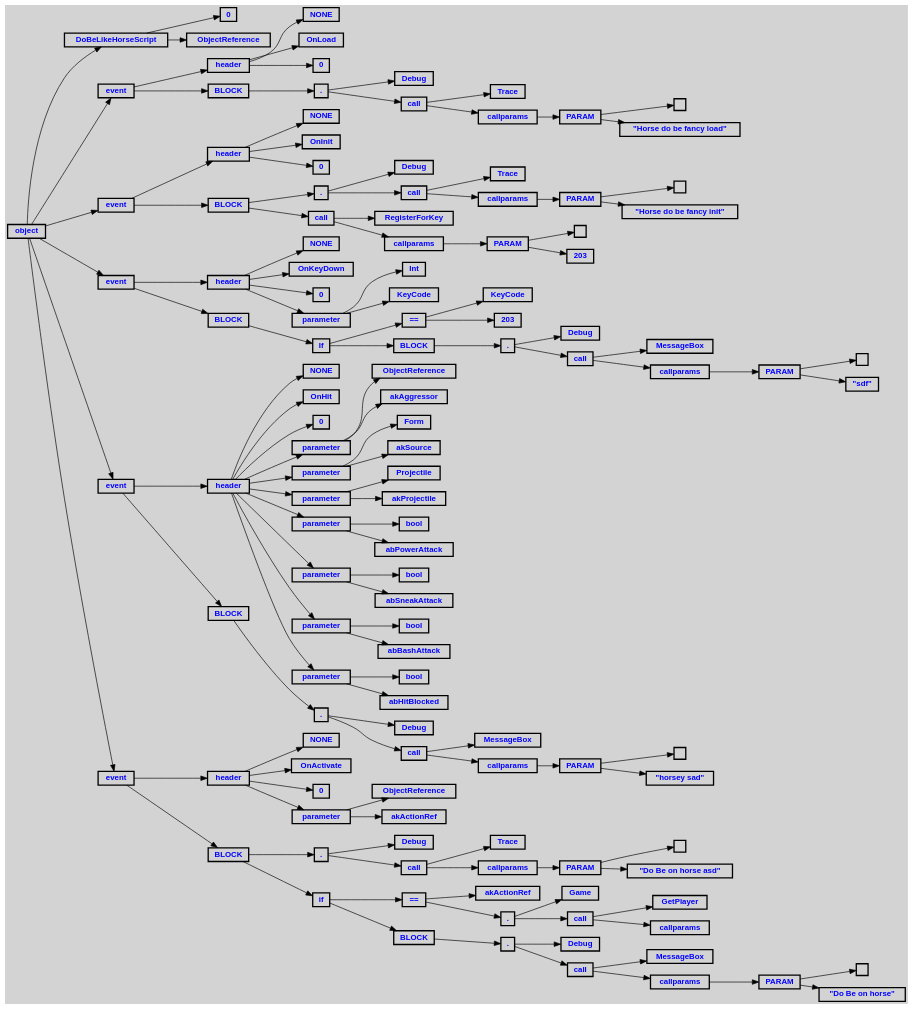
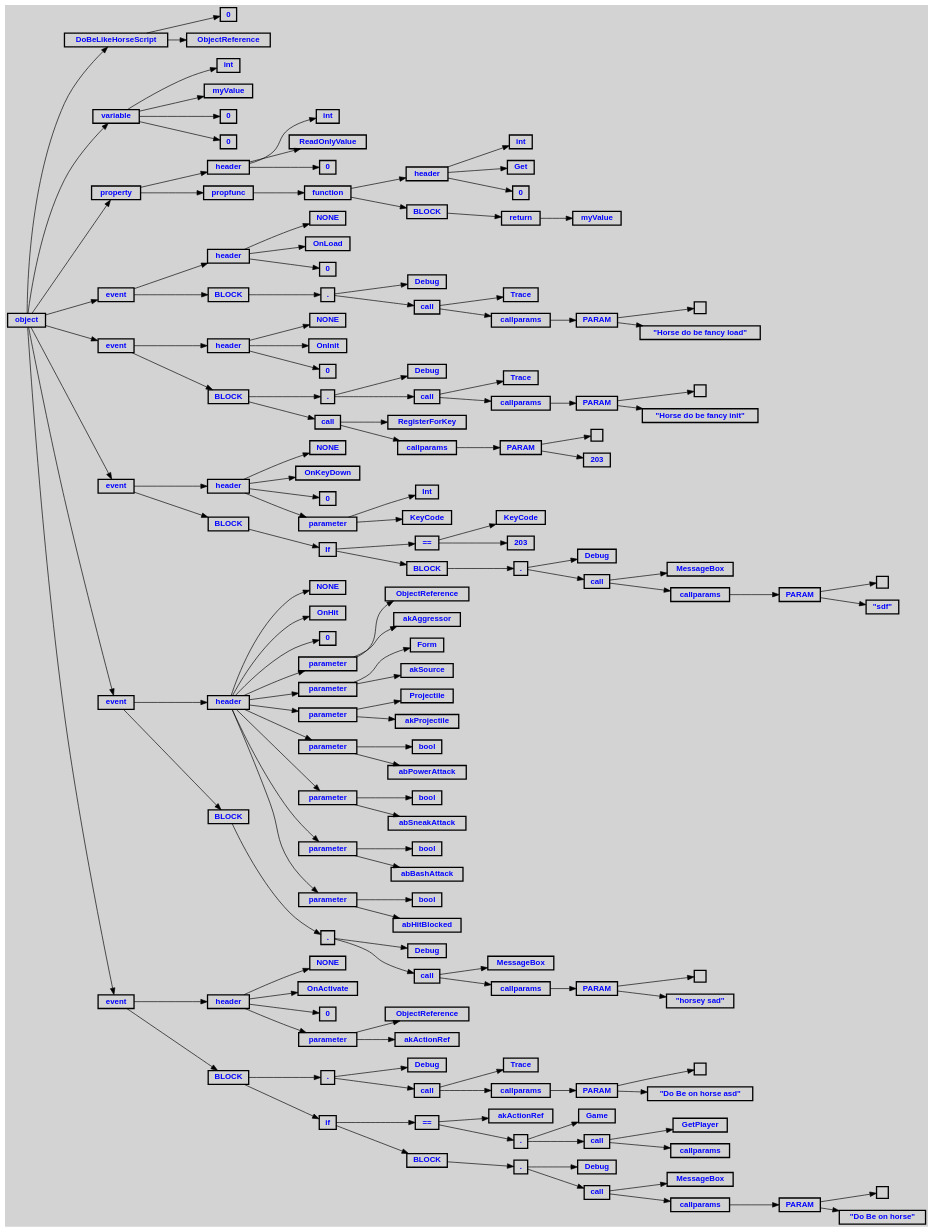
Before and after one commit to WladHD/CommonLibSSE-Sandbox: the diagram in DoBeLikeHorseScript.preTypeCheck.dot, drawn with Graphviz. The commit also changed 8 other files, not shown here.

First line of the commit message:
new repos found... but ObjectRef binding still not working properly

```diff
--- a/DoBeLikeHorseScript.preTypeCheck.dot
+++ b/DoBeLikeHorseScript.preTypeCheck.dot
@@ -10,318 +10,364 @@
  n1 [label="DoBeLikeHorseScript"];
  n2 [label="0"];
  n3 [label="ObjectReference"];
- n4 [label="event"];
- n4 [label="event"];
- n5 [label="header"];
- n5 [label="header"];
- n6 [label="NONE"];
- n7 [label="OnLoad"];
+ n4 [label="variable"];
+ n4 [label="variable"];
+ n5 [label="int"];
+ n6 [label="myValue"];
+ n7 [label="0"];
  n8 [label="0"];
- n9 [label="BLOCK"];
- n9 [label="BLOCK"];
- n10 [label="."];
- n10 [label="."];
- n11 [label="Debug"];
- n12 [label="call"];
- n12 [label="call"];
- n13 [label="Trace"];
- n14 [label="callparams"];
- n14 [label="callparams"];
- n15 [label="PARAM"];
- n15 [label="PARAM"];
- n16 [label=""];
- n17 [label="\"Horse do be fancy load\""];
- n18 [label="event"];
- n18 [label="event"];
- n19 [label="header"];
- n19 [label="header"];
- n20 [label="NONE"];
- n21 [label="OnInit"];
- n22 [label="0"];
- n23 [label="BLOCK"];
- n23 [label="BLOCK"];
- n24 [label="."];
- n24 [label="."];
- n25 [label="Debug"];
- n26 [label="call"];
- n26 [label="call"];
- n27 [label="Trace"];
- n28 [label="callparams"];
- n28 [label="callparams"];
- n29 [label="PARAM"];
- n29 [label="PARAM"];
- n30 [label=""];
- n31 [label="\"Horse do be fancy init\""];
- n32 [label="call"];
- n32 [label="call"];
- n33 [label="RegisterForKey"];
- n34 [label="callparams"];
- n34 [label="callparams"];
- n35 [label="PARAM"];
- n35 [label="PARAM"];
- n36 [label=""];
- n37 [label="203"];
- n38 [label="event"];
- n38 [label="event"];
- n39 [label="header"];
- n39 [label="header"];
- n40 [label="NONE"];
- n41 [label="OnKeyDown"];
- n42 [label="0"];
- n43 [label="parameter"];
- n43 [label="parameter"];
- n44 [label="Int"];
- n45 [label="KeyCode"];
- n46 [label="BLOCK"];
- n46 [label="BLOCK"];
- n47 [label="If"];
- n47 [label="If"];
- n48 [label="=="];
- n48 [label="=="];
- n49 [label="KeyCode"];
- n50 [label="203"];
- n51 [label="BLOCK"];
- n51 [label="BLOCK"];
- n52 [label="."];
- n52 [label="."];
- n53 [label="Debug"];
- n54 [label="call"];
- n54 [label="call"];
- n55 [label="MessageBox"];
- n56 [label="callparams"];
- n56 [label="callparams"];
- n57 [label="PARAM"];
- n57 [label="PARAM"];
- n58 [label=""];
- n59 [label="\"sdf\""];
- n60 [label="event"];
- n60 [label="event"];
- n61 [label="header"];
- n61 [label="header"];
- n62 [label="NONE"];
- n63 [label="OnHit"];
- n64 [label="0"];
- n65 [label="parameter"];
- n65 [label="parameter"];
- n66 [label="ObjectReference"];
- n67 [label="akAggressor"];
- n68 [label="parameter"];
- n68 [label="parameter"];
- n69 [label="Form"];
- n70 [label="akSource"];
- n71 [label="parameter"];
- n71 [label="parameter"];
- n72 [label="Projectile"];
- n73 [label="akProjectile"];
- n74 [label="parameter"];
- n74 [label="parameter"];
- n75 [label="bool"];
- n76 [label="abPowerAttack"];
- n77 [label="parameter"];
- n77 [label="parameter"];
- n78 [label="bool"];
- n79 [label="abSneakAttack"];
- n80 [label="parameter"];
- n80 [label="parameter"];
- n81 [label="bool"];
- n82 [label="abBashAttack"];
- n83 [label="parameter"];
- n83 [label="parameter"];
- n84 [label="bool"];
- n85 [label="abHitBlocked"];
- n86 [label="BLOCK"];
- n86 [label="BLOCK"];
- n87 [label="."];
- n87 [label="."];
- n88 [label="Debug"];
- n89 [label="call"];
- n89 [label="call"];
- n90 [label="MessageBox"];
- n91 [label="callparams"];
- n91 [label="callparams"];
- n92 [label="PARAM"];
- n92 [label="PARAM"];
- n93 [label=""];
- n94 [label="\"horsey sad\""];
- n95 [label="event"];
- n95 [label="event"];
- n96 [label="header"];
- n96 [label="header"];
- n97 [label="NONE"];
- n98 [label="OnActivate"];
- n99 [label="0"];
- n100 [label="parameter"];
- n100 [label="parameter"];
- n101 [label="ObjectReference"];
- n102 [label="akActionRef"];
- n103 [label="BLOCK"];
- n103 [label="BLOCK"];
- n104 [label="."];
- n104 [label="."];
- n105 [label="Debug"];
- n106 [label="call"];
- n106 [label="call"];
- n107 [label="Trace"];
- n108 [label="callparams"];
- n108 [label="callparams"];
- n109 [label="PARAM"];
- n109 [label="PARAM"];
- n110 [label=""];
- n111 [label="\"Do Be on horse asd\""];
- n112 [label="if"];
- n112 [label="if"];
- n113 [label="=="];
- n113 [label="=="];
- n114 [label="akActionRef"];
- n115 [label="."];
- n115 [label="."];
- n116 [label="Game"];
- n117 [label="call"];
- n117 [label="call"];
- n118 [label="GetPlayer"];
- n119 [label="callparams"];
- n120 [label="BLOCK"];
- n120 [label="BLOCK"];
- n121 [label="."];
- n121 [label="."];
- n122 [label="Debug"];
- n123 [label="call"];
- n123 [label="call"];
- n124 [label="MessageBox"];
- n125 [label="callparams"];
- n125 [label="callparams"];
- n126 [label="PARAM"];
- n126 [label="PARAM"];
- n127 [label=""];
- n128 [label="\"Do Be on horse\""];
+ n9 [label="property"];
+ n9 [label="property"];
+ n10 [label="header"];
+ n10 [label="header"];
+ n11 [label="int"];
+ n12 [label="ReadOnlyValue"];
+ n13 [label="0"];
+ n14 [label="propfunc"];
+ n14 [label="propfunc"];
+ n15 [label="function"];
+ n15 [label="function"];
+ n16 [label="header"];
+ n16 [label="header"];
+ n17 [label="int"];
+ n18 [label="Get"];
+ n19 [label="0"];
+ n20 [label="BLOCK"];
+ n20 [label="BLOCK"];
+ n21 [label="return"];
+ n21 [label="return"];
+ n22 [label="myValue"];
+ n23 [label="event"];
+ n23 [label="event"];
+ n24 [label="header"];
+ n24 [label="header"];
+ n25 [label="NONE"];
+ n26 [label="OnLoad"];
+ n27 [label="0"];
+ n28 [label="BLOCK"];
+ n28 [label="BLOCK"];
+ n29 [label="."];
+ n29 [label="."];
+ n30 [label="Debug"];
+ n31 [label="call"];
+ n31 [label="call"];
+ n32 [label="Trace"];
+ n33 [label="callparams"];
+ n33 [label="callparams"];
+ n34 [label="PARAM"];
+ n34 [label="PARAM"];
+ n35 [label=""];
+ n36 [label="\"Horse do be fancy load\""];
+ n37 [label="event"];
+ n37 [label="event"];
+ n38 [label="header"];
+ n38 [label="header"];
+ n39 [label="NONE"];
+ n40 [label="OnInit"];
+ n41 [label="0"];
+ n42 [label="BLOCK"];
+ n42 [label="BLOCK"];
+ n43 [label="."];
+ n43 [label="."];
+ n44 [label="Debug"];
+ n45 [label="call"];
+ n45 [label="call"];
+ n46 [label="Trace"];
+ n47 [label="callparams"];
+ n47 [label="callparams"];
+ n48 [label="PARAM"];
+ n48 [label="PARAM"];
+ n49 [label=""];
+ n50 [label="\"Horse do be fancy init\""];
+ n51 [label="call"];
+ n51 [label="call"];
+ n52 [label="RegisterForKey"];
+ n53 [label="callparams"];
+ n53 [label="callparams"];
+ n54 [label="PARAM"];
+ n54 [label="PARAM"];
+ n55 [label=""];
+ n56 [label="203"];
+ n57 [label="event"];
+ n57 [label="event"];
+ n58 [label="header"];
+ n58 [label="header"];
+ n59 [label="NONE"];
+ n60 [label="OnKeyDown"];
+ n61 [label="0"];
+ n62 [label="parameter"];
+ n62 [label="parameter"];
+ n63 [label="Int"];
+ n64 [label="KeyCode"];
+ n65 [label="BLOCK"];
+ n65 [label="BLOCK"];
+ n66 [label="If"];
+ n66 [label="If"];
+ n67 [label="=="];
+ n67 [label="=="];
+ n68 [label="KeyCode"];
+ n69 [label="203"];
+ n70 [label="BLOCK"];
+ n70 [label="BLOCK"];
+ n71 [label="."];
+ n71 [label="."];
+ n72 [label="Debug"];
+ n73 [label="call"];
+ n73 [label="call"];
+ n74 [label="MessageBox"];
+ n75 [label="callparams"];
+ n75 [label="callparams"];
+ n76 [label="PARAM"];
+ n76 [label="PARAM"];
+ n77 [label=""];
+ n78 [label="\"sdf\""];
+ n79 [label="event"];
+ n79 [label="event"];
+ n80 [label="header"];
+ n80 [label="header"];
+ n81 [label="NONE"];
+ n82 [label="OnHit"];
+ n83 [label="0"];
+ n84 [label="parameter"];
+ n84 [label="parameter"];
+ n85 [label="ObjectReference"];
+ n86 [label="akAggressor"];
+ n87 [label="parameter"];
+ n87 [label="parameter"];
+ n88 [label="Form"];
+ n89 [label="akSource"];
+ n90 [label="parameter"];
+ n90 [label="parameter"];
+ n91 [label="Projectile"];
+ n92 [label="akProjectile"];
+ n93 [label="parameter"];
+ n93 [label="parameter"];
+ n94 [label="bool"];
+ n95 [label="abPowerAttack"];
+ n96 [label="parameter"];
+ n96 [label="parameter"];
+ n97 [label="bool"];
+ n98 [label="abSneakAttack"];
+ n99 [label="parameter"];
+ n99 [label="parameter"];
+ n100 [label="bool"];
+ n101 [label="abBashAttack"];
+ n102 [label="parameter"];
+ n102 [label="parameter"];
+ n103 [label="bool"];
+ n104 [label="abHitBlocked"];
+ n105 [label="BLOCK"];
+ n105 [label="BLOCK"];
+ n106 [label="."];
+ n106 [label="."];
+ n107 [label="Debug"];
+ n108 [label="call"];
+ n108 [label="call"];
+ n109 [label="MessageBox"];
+ n110 [label="callparams"];
+ n110 [label="callparams"];
+ n111 [label="PARAM"];
+ n111 [label="PARAM"];
+ n112 [label=""];
+ n113 [label="\"horsey sad\""];
+ n114 [label="event"];
+ n114 [label="event"];
+ n115 [label="header"];
+ n115 [label="header"];
+ n116 [label="NONE"];
+ n117 [label="OnActivate"];
+ n118 [label="0"];
+ n119 [label="parameter"];
+ n119 [label="parameter"];
+ n120 [label="ObjectReference"];
+ n121 [label="akActionRef"];
+ n122 [label="BLOCK"];
+ n122 [label="BLOCK"];
+ n123 [label="."];
+ n123 [label="."];
+ n124 [label="Debug"];
+ n125 [label="call"];
+ n125 [label="call"];
+ n126 [label="Trace"];
+ n127 [label="callparams"];
+ n127 [label="callparams"];
+ n128 [label="PARAM"];
+ n128 [label="PARAM"];
+ n129 [label=""];
+ n130 [label="\"Do Be on horse asd\""];
+ n131 [label="if"];
+ n131 [label="if"];
+ n132 [label="=="];
+ n132 [label="=="];
+ n133 [label="akActionRef"];
+ n134 [label="."];
+ n134 [label="."];
+ n135 [label="Game"];
+ n136 [label="call"];
+ n136 [label="call"];
+ n137 [label="GetPlayer"];
+ n138 [label="callparams"];
+ n139 [label="BLOCK"];
+ n139 [label="BLOCK"];
+ n140 [label="."];
+ n140 [label="."];
+ n141 [label="Debug"];
+ n142 [label="call"];
+ n142 [label="call"];
+ n143 [label="MessageBox"];
+ n144 [label="callparams"];
+ n144 [label="callparams"];
+ n145 [label="PARAM"];
+ n145 [label="PARAM"];
+ n146 [label=""];
+ n147 [label="\"Do Be on horse\""];
 
  n0 -> n1 // "object" -> "DoBeLikeHorseScript"
  n1 -> n2 // "DoBeLikeHorseScript" -> "0"
  n1 -> n3 // "DoBeLikeHorseScript" -> "ObjectReference"
- n0 -> n4 // "object" -> "event"
- n4 -> n5 // "event" -> "header"
- n5 -> n6 // "header" -> "NONE"
- n5 -> n7 // "header" -> "OnLoad"
- n5 -> n8 // "header" -> "0"
- n4 -> n9 // "event" -> "BLOCK"
- n9 -> n10 // "BLOCK" -> "."
- n10 -> n11 // "." -> "Debug"
- n10 -> n12 // "." -> "call"
- n12 -> n13 // "call" -> "Trace"
- n12 -> n14 // "call" -> "callparams"
- n14 -> n15 // "callparams" -> "PARAM"
- n15 -> n16 // "PARAM" -> ""
- n15 -> n17 // "PARAM" -> ""Horse do be fancy load""
- n0 -> n18 // "object" -> "event"
- n18 -> n19 // "event" -> "header"
- n19 -> n20 // "header" -> "NONE"
- n19 -> n21 // "header" -> "OnInit"
- n19 -> n22 // "header" -> "0"
- n18 -> n23 // "event" -> "BLOCK"
- n23 -> n24 // "BLOCK" -> "."
- n24 -> n25 // "." -> "Debug"
- n24 -> n26 // "." -> "call"
- n26 -> n27 // "call" -> "Trace"
- n26 -> n28 // "call" -> "callparams"
- n28 -> n29 // "callparams" -> "PARAM"
- n29 -> n30 // "PARAM" -> ""
- n29 -> n31 // "PARAM" -> ""Horse do be fancy init""
- n23 -> n32 // "BLOCK" -> "call"
- n32 -> n33 // "call" -> "RegisterForKey"
- n32 -> n34 // "call" -> "callparams"
- n34 -> n35 // "callparams" -> "PARAM"
- n35 -> n36 // "PARAM" -> ""
- n35 -> n37 // "PARAM" -> "203"
- n0 -> n38 // "object" -> "event"
- n38 -> n39 // "event" -> "header"
- n39 -> n40 // "header" -> "NONE"
- n39 -> n41 // "header" -> "OnKeyDown"
- n39 -> n42 // "header" -> "0"
- n39 -> n43 // "header" -> "parameter"
- n43 -> n44 // "parameter" -> "Int"
- n43 -> n45 // "parameter" -> "KeyCode"
- n38 -> n46 // "event" -> "BLOCK"
- n46 -> n47 // "BLOCK" -> "If"
- n47 -> n48 // "If" -> "=="
- n48 -> n49 // "==" -> "KeyCode"
- n48 -> n50 // "==" -> "203"
- n47 -> n51 // "If" -> "BLOCK"
- n51 -> n52 // "BLOCK" -> "."
- n52 -> n53 // "." -> "Debug"
- n52 -> n54 // "." -> "call"
- n54 -> n55 // "call" -> "MessageBox"
- n54 -> n56 // "call" -> "callparams"
- n56 -> n57 // "callparams" -> "PARAM"
- n57 -> n58 // "PARAM" -> ""
- n57 -> n59 // "PARAM" -> ""sdf""
- n0 -> n60 // "object" -> "event"
- n60 -> n61 // "event" -> "header"
- n61 -> n62 // "header" -> "NONE"
- n61 -> n63 // "header" -> "OnHit"
- n61 -> n64 // "header" -> "0"
- n61 -> n65 // "header" -> "parameter"
- n65 -> n66 // "parameter" -> "ObjectReference"
- n65 -> n67 // "parameter" -> "akAggressor"
- n61 -> n68 // "header" -> "parameter"
- n68 -> n69 // "parameter" -> "Form"
- n68 -> n70 // "parameter" -> "akSource"
- n61 -> n71 // "header" -> "parameter"
- n71 -> n72 // "parameter" -> "Projectile"
- n71 -> n73 // "parameter" -> "akProjectile"
- n61 -> n74 // "header" -> "parameter"
- n74 -> n75 // "parameter" -> "bool"
- n74 -> n76 // "parameter" -> "abPowerAttack"
- n61 -> n77 // "header" -> "parameter"
- n77 -> n78 // "parameter" -> "bool"
- n77 -> n79 // "parameter" -> "abSneakAttack"
- n61 -> n80 // "header" -> "parameter"
- n80 -> n81 // "parameter" -> "bool"
- n80 -> n82 // "parameter" -> "abBashAttack"
- n61 -> n83 // "header" -> "parameter"
- n83 -> n84 // "parameter" -> "bool"
- n83 -> n85 // "parameter" -> "abHitBlocked"
- n60 -> n86 // "event" -> "BLOCK"
- n86 -> n87 // "BLOCK" -> "."
- n87 -> n88 // "." -> "Debug"
- n87 -> n89 // "." -> "call"
- n89 -> n90 // "call" -> "MessageBox"
- n89 -> n91 // "call" -> "callparams"
- n91 -> n92 // "callparams" -> "PARAM"
- n92 -> n93 // "PARAM" -> ""
- n92 -> n94 // "PARAM" -> ""horsey sad""
- n0 -> n95 // "object" -> "event"
- n95 -> n96 // "event" -> "header"
- n96 -> n97 // "header" -> "NONE"
- n96 -> n98 // "header" -> "OnActivate"
- n96 -> n99 // "header" -> "0"
- n96 -> n100 // "header" -> "parameter"
- n100 -> n101 // "parameter" -> "ObjectReference"
- n100 -> n102 // "parameter" -> "akActionRef"
- n95 -> n103 // "event" -> "BLOCK"
- n103 -> n104 // "BLOCK" -> "."
- n104 -> n105 // "." -> "Debug"
- n104 -> n106 // "." -> "call"
- n106 -> n107 // "call" -> "Trace"
- n106 -> n108 // "call" -> "callparams"
- n108 -> n109 // "callparams" -> "PARAM"
- n109 -> n110 // "PARAM" -> ""
- n109 -> n111 // "PARAM" -> ""Do Be on horse asd""
- n103 -> n112 // "BLOCK" -> "if"
- n112 -> n113 // "if" -> "=="
- n113 -> n114 // "==" -> "akActionRef"
- n113 -> n115 // "==" -> "."
- n115 -> n116 // "." -> "Game"
- n115 -> n117 // "." -> "call"
- n117 -> n118 // "call" -> "GetPlayer"
- n117 -> n119 // "call" -> "callparams"
- n112 -> n120 // "if" -> "BLOCK"
- n120 -> n121 // "BLOCK" -> "."
- n121 -> n122 // "." -> "Debug"
- n121 -> n123 // "." -> "call"
- n123 -> n124 // "call" -> "MessageBox"
- n123 -> n125 // "call" -> "callparams"
- n125 -> n126 // "callparams" -> "PARAM"
- n126 -> n127 // "PARAM" -> ""
- n126 -> n128 // "PARAM" -> ""Do Be on horse""
+ n0 -> n4 // "object" -> "variable"
+ n4 -> n5 // "variable" -> "int"
+ n4 -> n6 // "variable" -> "myValue"
+ n4 -> n7 // "variable" -> "0"
+ n4 -> n8 // "variable" -> "0"
+ n0 -> n9 // "object" -> "property"
+ n9 -> n10 // "property" -> "header"
+ n10 -> n11 // "header" -> "int"
+ n10 -> n12 // "header" -> "ReadOnlyValue"
+ n10 -> n13 // "header" -> "0"
+ n9 -> n14 // "property" -> "propfunc"
+ n14 -> n15 // "propfunc" -> "function"
+ n15 -> n16 // "function" -> "header"
+ n16 -> n17 // "header" -> "int"
+ n16 -> n18 // "header" -> "Get"
+ n16 -> n19 // "header" -> "0"
+ n15 -> n20 // "function" -> "BLOCK"
+ n20 -> n21 // "BLOCK" -> "return"
+ n21 -> n22 // "return" -> "myValue"
+ n0 -> n23 // "object" -> "event"
+ n23 -> n24 // "event" -> "header"
+ n24 -> n25 // "header" -> "NONE"
+ n24 -> n26 // "header" -> "OnLoad"
+ n24 -> n27 // "header" -> "0"
+ n23 -> n28 // "event" -> "BLOCK"
+ n28 -> n29 // "BLOCK" -> "."
+ n29 -> n30 // "." -> "Debug"
+ n29 -> n31 // "." -> "call"
+ n31 -> n32 // "call" -> "Trace"
+ n31 -> n33 // "call" -> "callparams"
+ n33 -> n34 // "callparams" -> "PARAM"
+ n34 -> n35 // "PARAM" -> ""
+ n34 -> n36 // "PARAM" -> ""Horse do be fancy load""
+ n0 -> n37 // "object" -> "event"
+ n37 -> n38 // "event" -> "header"
+ n38 -> n39 // "header" -> "NONE"
+ n38 -> n40 // "header" -> "OnInit"
+ n38 -> n41 // "header" -> "0"
+ n37 -> n42 // "event" -> "BLOCK"
+ n42 -> n43 // "BLOCK" -> "."
+ n43 -> n44 // "." -> "Debug"
+ n43 -> n45 // "." -> "call"
+ n45 -> n46 // "call" -> "Trace"
+ n45 -> n47 // "call" -> "callparams"
+ n47 -> n48 // "callparams" -> "PARAM"
+ n48 -> n49 // "PARAM" -> ""
+ n48 -> n50 // "PARAM" -> ""Horse do be fancy init""
+ n42 -> n51 // "BLOCK" -> "call"
+ n51 -> n52 // "call" -> "RegisterForKey"
+ n51 -> n53 // "call" -> "callparams"
+ n53 -> n54 // "callparams" -> "PARAM"
+ n54 -> n55 // "PARAM" -> ""
+ n54 -> n56 // "PARAM" -> "203"
+ n0 -> n57 // "object" -> "event"
+ n57 -> n58 // "event" -> "header"
+ n58 -> n59 // "header" -> "NONE"
+ n58 -> n60 // "header" -> "OnKeyDown"
+ n58 -> n61 // "header" -> "0"
+ n58 -> n62 // "header" -> "parameter"
+ n62 -> n63 // "parameter" -> "Int"
+ n62 -> n64 // "parameter" -> "KeyCode"
+ n57 -> n65 // "event" -> "BLOCK"
+ n65 -> n66 // "BLOCK" -> "If"
+ n66 -> n67 // "If" -> "=="
+ n67 -> n68 // "==" -> "KeyCode"
+ n67 -> n69 // "==" -> "203"
+ n66 -> n70 // "If" -> "BLOCK"
+ n70 -> n71 // "BLOCK" -> "."
+ n71 -> n72 // "." -> "Debug"
+ n71 -> n73 // "." -> "call"
+ n73 -> n74 // "call" -> "MessageBox"
+ n73 -> n75 // "call" -> "callparams"
+ n75 -> n76 // "callparams" -> "PARAM"
+ n76 -> n77 // "PARAM" -> ""
+ n76 -> n78 // "PARAM" -> ""sdf""
+ n0 -> n79 // "object" -> "event"
+ n79 -> n80 // "event" -> "header"
+ n80 -> n81 // "header" -> "NONE"
+ n80 -> n82 // "header" -> "OnHit"
+ n80 -> n83 // "header" -> "0"
+ n80 -> n84 // "header" -> "parameter"
+ n84 -> n85 // "parameter" -> "ObjectReference"
+ n84 -> n86 // "parameter" -> "akAggressor"
+ n80 -> n87 // "header" -> "parameter"
+ n87 -> n88 // "parameter" -> "Form"
+ n87 -> n89 // "parameter" -> "akSource"
+ n80 -> n90 // "header" -> "parameter"
+ n90 -> n91 // "parameter" -> "Projectile"
+ n90 -> n92 // "parameter" -> "akProjectile"
+ n80 -> n93 // "header" -> "parameter"
+ n93 -> n94 // "parameter" -> "bool"
+ n93 -> n95 // "parameter" -> "abPowerAttack"
+ n80 -> n96 // "header" -> "parameter"
+ n96 -> n97 // "parameter" -> "bool"
+ n96 -> n98 // "parameter" -> "abSneakAttack"
+ n80 -> n99 // "header" -> "parameter"
+ n99 -> n100 // "parameter" -> "bool"
+ n99 -> n101 // "parameter" -> "abBashAttack"
+ n80 -> n102 // "header" -> "parameter"
+ n102 -> n103 // "parameter" -> "bool"
+ n102 -> n104 // "parameter" -> "abHitBlocked"
+ n79 -> n105 // "event" -> "BLOCK"
+ n105 -> n106 // "BLOCK" -> "."
+ n106 -> n107 // "." -> "Debug"
+ n106 -> n108 // "." -> "call"
+ n108 -> n109 // "call" -> "MessageBox"
+ n108 -> n110 // "call" -> "callparams"
+ n110 -> n111 // "callparams" -> "PARAM"
+ n111 -> n112 // "PARAM" -> ""
+ n111 -> n113 // "PARAM" -> ""horsey sad""
+ n0 -> n114 // "object" -> "event"
+ n114 -> n115 // "event" -> "header"
+ n115 -> n116 // "header" -> "NONE"
+ n115 -> n117 // "header" -> "OnActivate"
+ n115 -> n118 // "header" -> "0"
+ n115 -> n119 // "header" -> "parameter"
+ n119 -> n120 // "parameter" -> "ObjectReference"
+ n119 -> n121 // "parameter" -> "akActionRef"
+ n114 -> n122 // "event" -> "BLOCK"
+ n122 -> n123 // "BLOCK" -> "."
+ n123 -> n124 // "." -> "Debug"
+ n123 -> n125 // "." -> "call"
+ n125 -> n126 // "call" -> "Trace"
+ n125 -> n127 // "call" -> "callparams"
+ n127 -> n128 // "callparams" -> "PARAM"
+ n128 -> n129 // "PARAM" -> ""
+ n128 -> n130 // "PARAM" -> ""Do Be on horse asd""
+ n122 -> n131 // "BLOCK" -> "if"
+ n131 -> n132 // "if" -> "=="
+ n132 -> n133 // "==" -> "akActionRef"
+ n132 -> n134 // "==" -> "."
+ n134 -> n135 // "." -> "Game"
+ n134 -> n136 // "." -> "call"
+ n136 -> n137 // "call" -> "GetPlayer"
+ n136 -> n138 // "call" -> "callparams"
+ n131 -> n139 // "if" -> "BLOCK"
+ n139 -> n140 // "BLOCK" -> "."
+ n140 -> n141 // "." -> "Debug"
+ n140 -> n142 // "." -> "call"
+ n142 -> n143 // "call" -> "MessageBox"
+ n142 -> n144 // "call" -> "callparams"
+ n144 -> n145 // "callparams" -> "PARAM"
+ n145 -> n146 // "PARAM" -> ""
+ n145 -> n147 // "PARAM" -> ""Do Be on horse""
 
 }
```
